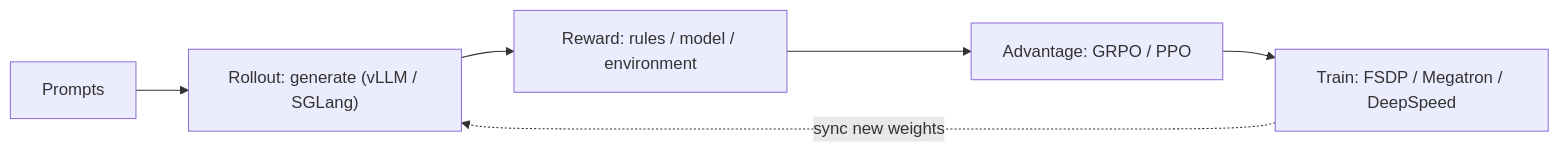
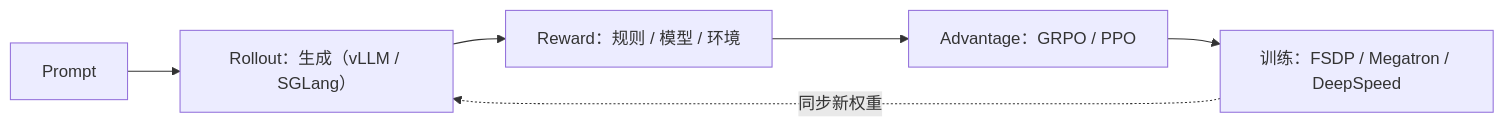
The first of 8 diagrams in src/content/posts/llm-rl-frameworks.md (lxy-alexander/VoidIndex), drawn with Mermaid before and after one commit. The commit also changed other lines of this file and 4 other files, not shown here.

````diff
--- a/src/content/posts/llm-rl-frameworks.md
+++ b/src/content/posts/llm-rl-frameworks.md
@@ -29,8 +29,8 @@
 ```mermaid
 flowchart LR
-  P["Prompts"] --> G["Rollout: generate (vLLM / SGLang)"]
-  G --> R["Reward: rules / model / environment"]
-  R --> A["Advantage: GRPO / PPO"]
-  A --> T["Train: FSDP / Megatron / DeepSpeed"]
-  T -. "sync new weights" .-> G
+  P["Prompt"] --> G["Rollout：生成（vLLM / SGLang）"]
+  G --> R["Reward：规则 / 模型 / 环境"]
+  R --> A["Advantage：GRPO / PPO"]
+  A --> T["训练：FSDP / Megatron / DeepSpeed"]
+  T -. "同步新权重" .-> G
 ```
````
